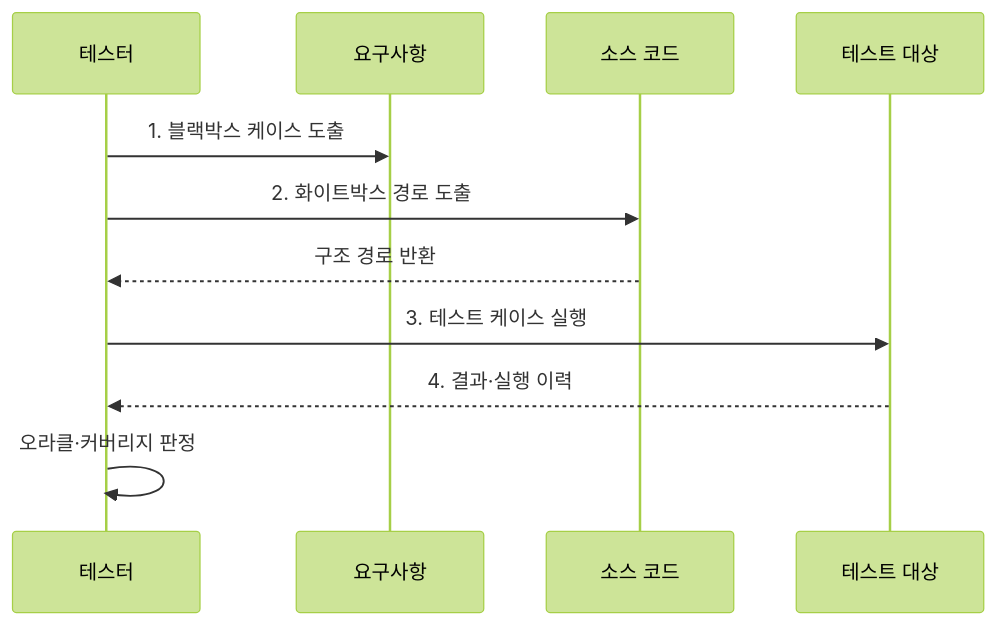
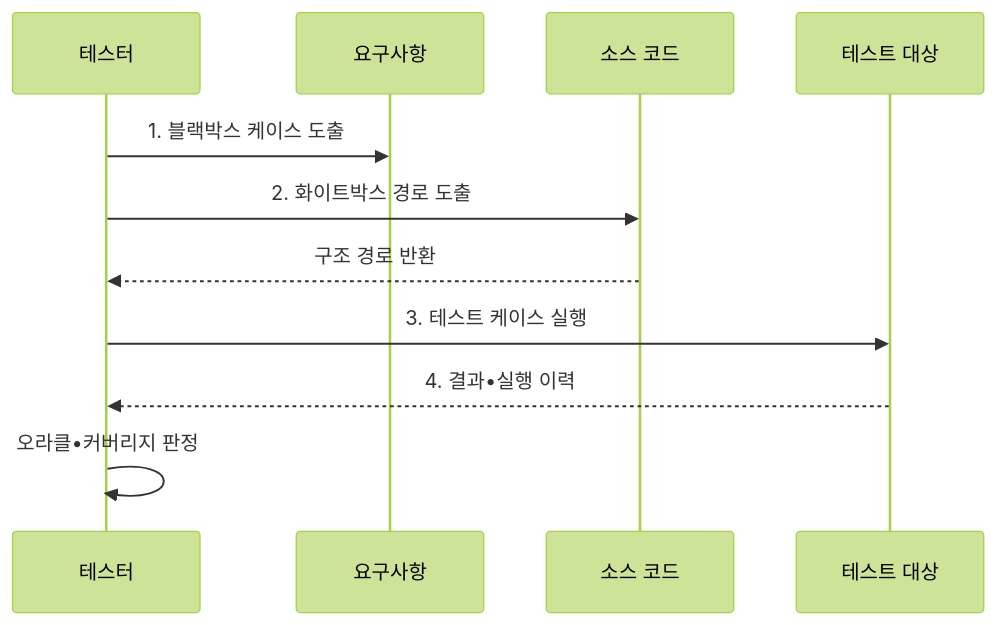
The diagram in src/content/docs/notes/03-software/060_whitebox_blackbox_testing.md (agnusdei1207/knowledge-base), drawn with Mermaid (forest theme) before and after one commit. The commit also changed other lines of this file and 953 other files, not shown here.

````diff
--- a/src/content/docs/notes/03-software/060_whitebox_blackbox_testing.md
+++ b/src/content/docs/notes/03-software/060_whitebox_blackbox_testing.md
@@ -90,13 +90,13 @@
 ```mermaid
 sequenceDiagram
     participant T as 테스터
     participant R as 요구사항
     participant C as 소스 코드
     participant S as 테스트 대상
     T->>R: 1. 블랙박스 케이스 도출
     T->>C: 2. 화이트박스 경로 도출
     C-->>T: 구조 경로 반환
     T->>S: 3. 테스트 케이스 실행
-    S-->>T: 4. 결과·실행 이력
-    T->>T: 오라클·커버리지 판정
+    S-->>T: 4. 결과•실행 이력
+    T->>T: 오라클•커버리지 판정
 ```
````
